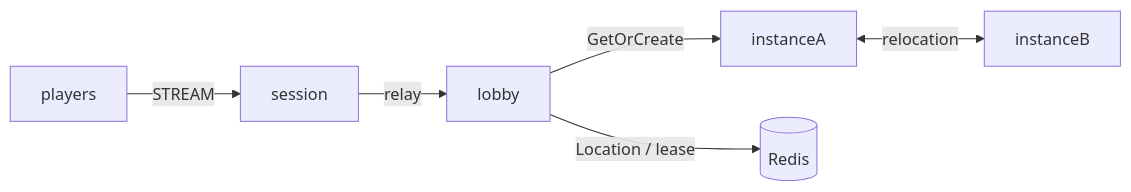
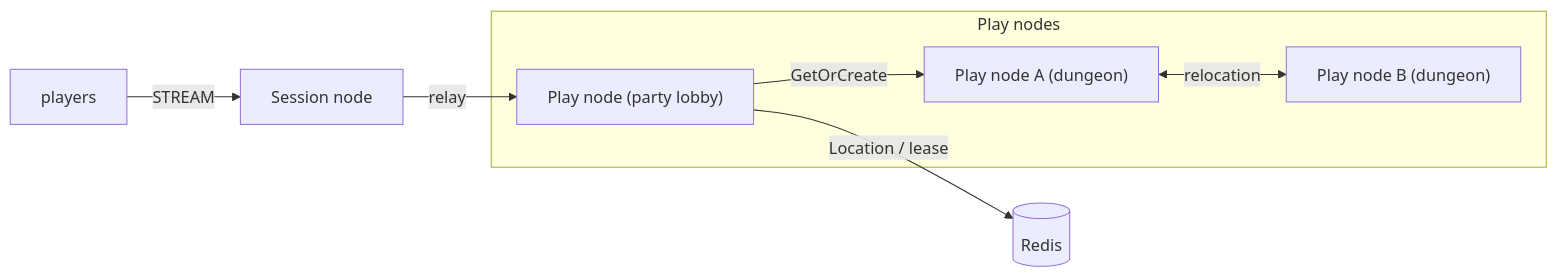
The diagram in framework/languages/java/templates/kotlin/morpg-lobby-instances/my-game/README.md (zlink-systems/zlink), drawn with Mermaid before and after one commit. The commit also changed 223 other files, not shown here.

First line of the commit message:
docs(templates): 모든 템플릿의 노드 이름을 Session node · Play node · API node로 (#5350)

````diff
--- a/framework/languages/java/templates/kotlin/morpg-lobby-instances/my-game/README.md
+++ b/framework/languages/java/templates/kotlin/morpg-lobby-instances/my-game/README.md
@@ -5,8 +5,13 @@
 ```mermaid
 flowchart LR
-    players -->|STREAM| session
+    subgraph playNodes["Play nodes"]
+      lobby["Play node (party lobby)"]
+      instanceA["Play node A (dungeon)"]
+      instanceB["Play node B (dungeon)"]
+    end
+    players -->|STREAM| session["Session node"]
     session -->|relay| lobby
     lobby -->|GetOrCreate| instanceA
     instanceA <-->|relocation| instanceB
     lobby -->|Location / lease| location[(Redis)]
 ```
````
